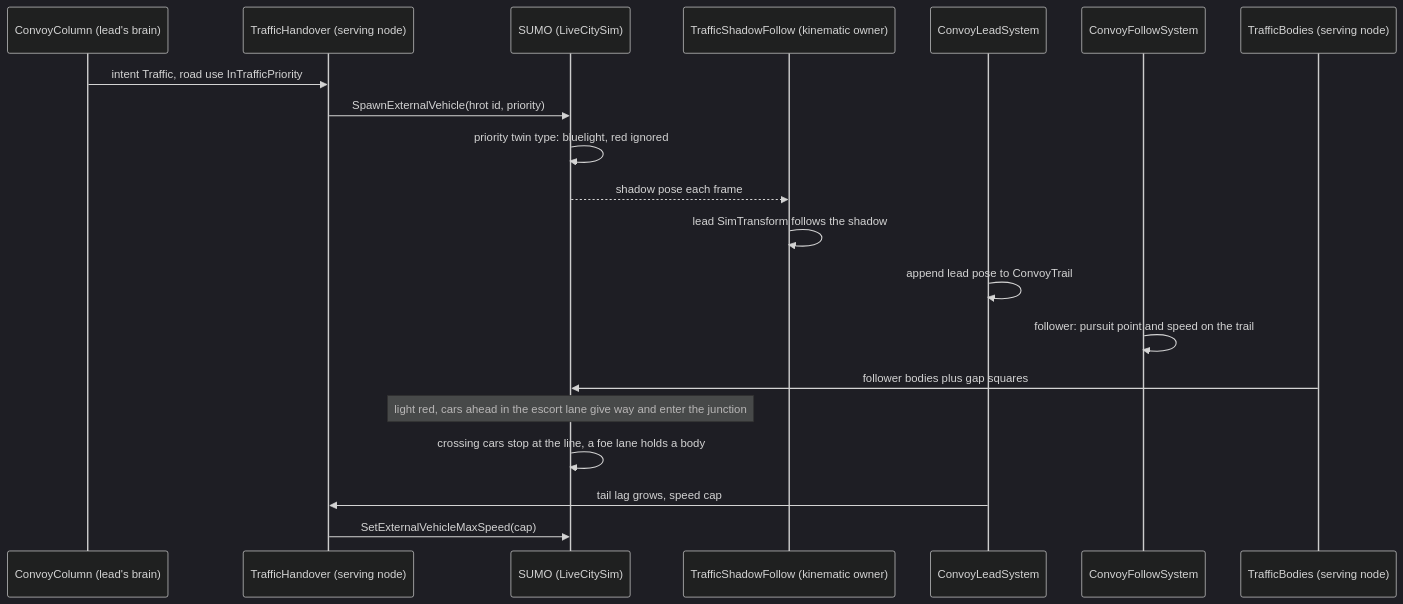
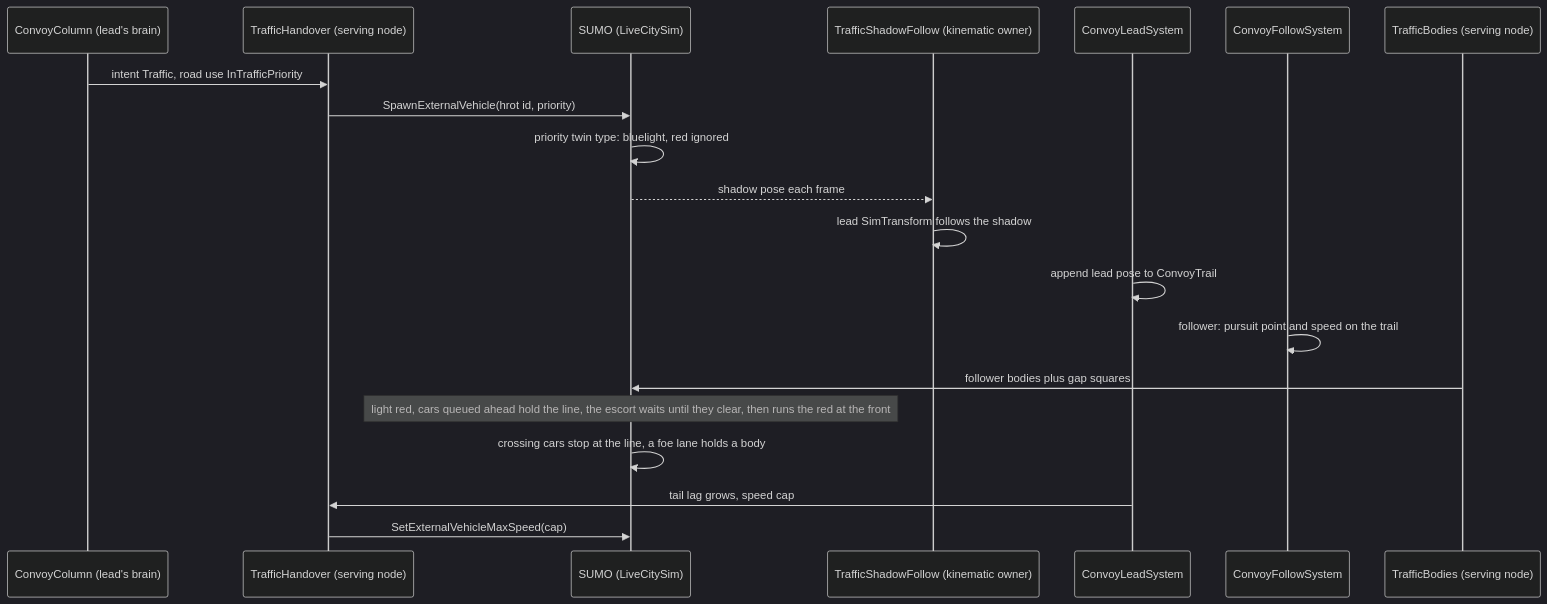
Before and after one commit to pjanec/HROT: the second of 4 diagrams in docs/designs/vehicle-tactics/DESIGN_Road_Convoy.md, drawn with Mermaid (dark theme). The commit also changed other lines of this file and 9 other files, not shown here.

````diff
--- a/docs/designs/vehicle-tactics/DESIGN_Road_Convoy.md
+++ b/docs/designs/vehicle-tactics/DESIGN_Road_Convoy.md
@@ -135,22 +135,22 @@
 ```mermaid
 sequenceDiagram
   participant B as ConvoyColumn (lead's brain)
   participant H as TrafficHandover (serving node)
   participant S as SUMO (LiveCitySim)
   participant F as TrafficShadowFollow (kinematic owner)
   participant L as ConvoyLeadSystem
   participant W as ConvoyFollowSystem
   participant G as TrafficBodies (serving node)
   B->>H: intent Traffic, road use InTrafficPriority
   H->>S: SpawnExternalVehicle(hrot id, priority)
   S->>S: priority twin type: bluelight, red ignored
   S-->>F: shadow pose each frame
   F->>F: lead SimTransform follows the shadow
   L->>L: append lead pose to ConvoyTrail
   W->>W: follower: pursuit point and speed on the trail
   G->>S: follower bodies plus gap squares
-  Note over S: light red, cars ahead in the escort lane give way and enter the junction
+  Note over S: light red, cars queued ahead hold the line, the escort waits until they clear, then runs the red at the front
   S->>S: crossing cars stop at the line, a foe lane holds a body
   L->>H: tail lag grows, speed cap
   H->>S: SetExternalVehicleMaxSpeed(cap)
 ```
````
